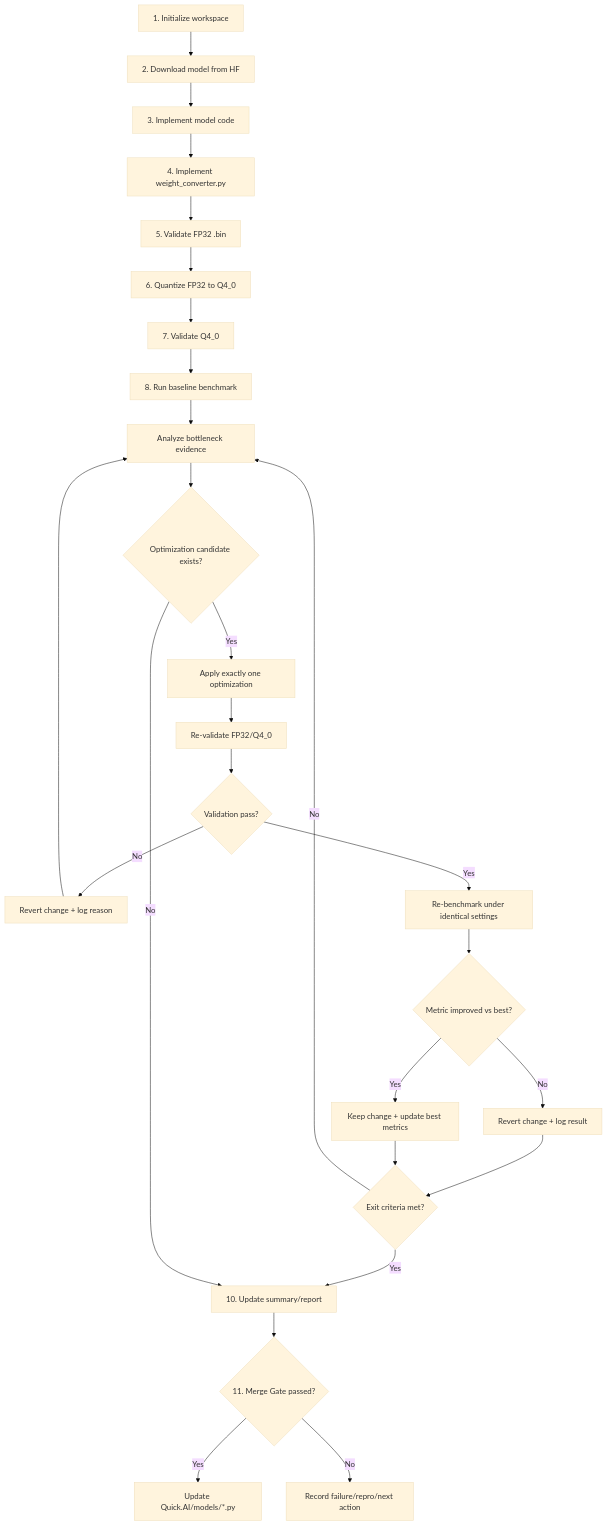
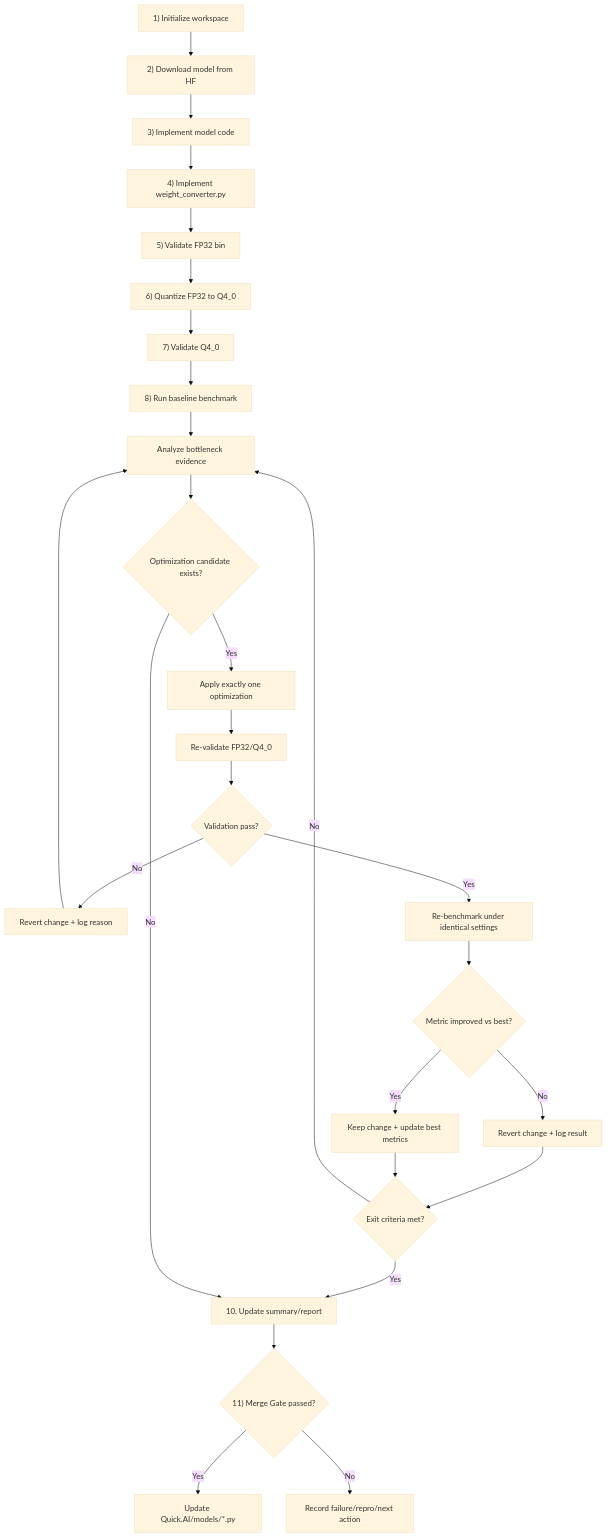
One commit to Jungwon-Lee/Quick.AI changed the diagram in tools/model_onboarding_agent/README.md. Above: the diagram before and after it, drawn with Mermaid (base theme).

Commit message:
Fix README workflow diagram syntax for Mermaid renderers

````diff
--- a/tools/model_onboarding_agent/README.md
+++ b/tools/model_onboarding_agent/README.md
@@ -40,32 +40,32 @@
 ```mermaid
 flowchart TD
-    A[1. Initialize workspace] --> B[2. Download model from HF]
-    B --> C[3. Implement model code]
-    C --> D[4. Implement weight_converter.py]
-    D --> E[5. Validate FP32 .bin]
-    E --> F[6. Quantize FP32 to Q4_0]
-    F --> G[7. Validate Q4_0]
+    A["1) Initialize workspace"] --> B["2) Download model from HF"]
+    B --> C["3) Implement model code"]
+    C --> D["4) Implement weight_converter.py"]
+    D --> E["5) Validate FP32 bin"]
+    E --> F["6) Quantize FP32 to Q4_0"]
+    F --> G["7) Validate Q4_0"]
 
-    G --> H[8. Run baseline benchmark]
+    G --> H["8) Run baseline benchmark"]
     H --> I[Analyze bottleneck evidence]
     I --> J{Optimization candidate exists?}
 
     J -->|Yes| K[Apply exactly one optimization]
     K --> L[Re-validate FP32/Q4_0]
     L --> M{Validation pass?}
     M -->|No| N[Revert change + log reason]
     N --> I
     M -->|Yes| O[Re-benchmark under identical settings]
     O --> P{Metric improved vs best?}
     P -->|No| Q[Revert change + log result]
     Q --> R{Exit criteria met?}
     P -->|Yes| S[Keep change + update best metrics]
     S --> R
     R -->|No| I
     R -->|Yes| T[10. Update summary/report]
 
     J -->|No| T
-    T --> U{11. Merge Gate passed?}
+    T --> U{"11) Merge Gate passed?"}
     U -->|Yes| V[Update Quick.AI/models/*.py]
     U -->|No| W[Record failure/repro/next action]
 ```
````
